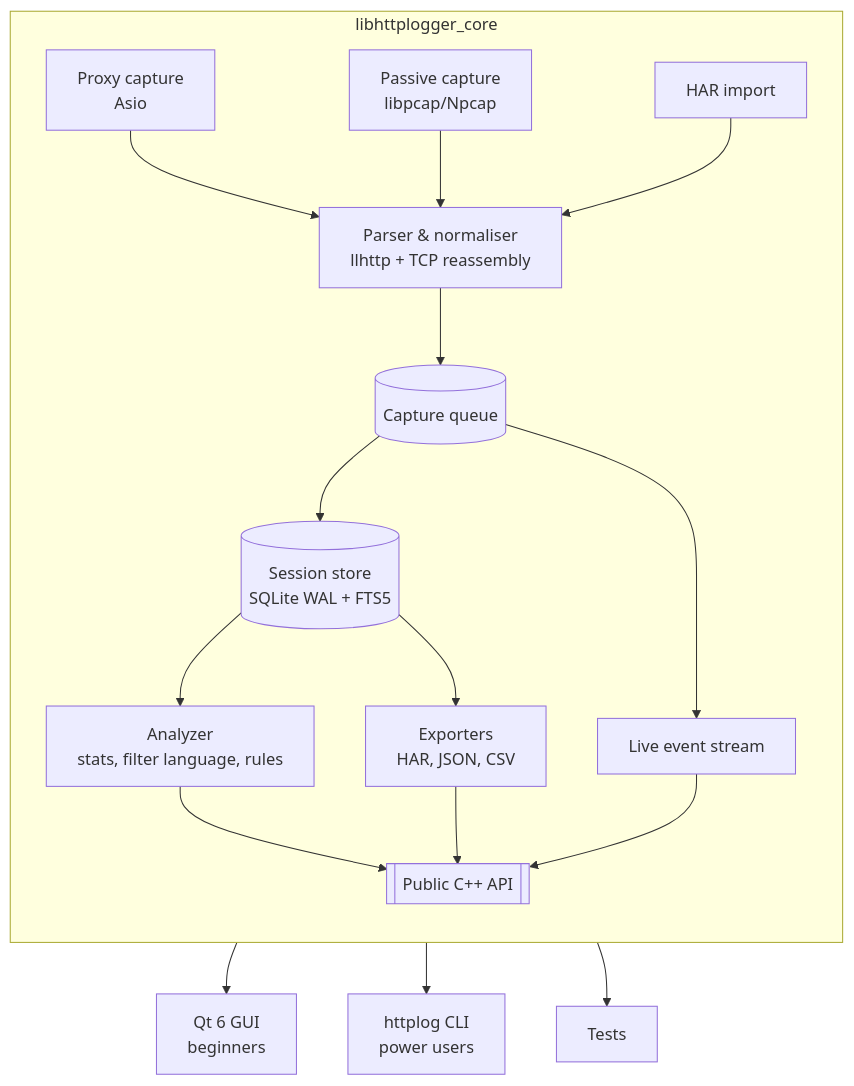
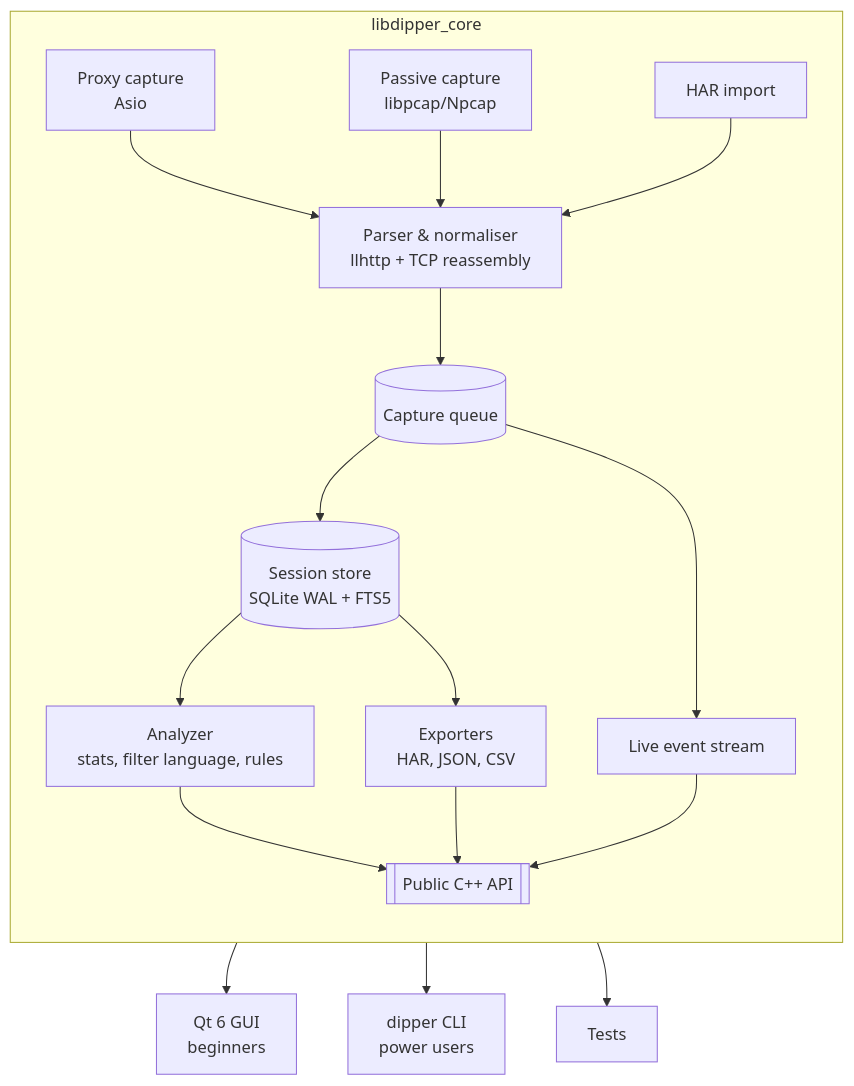
Before and after one commit to TryfonGav/HTTP-Logger-Analyzer: the second of 3 diagrams in docs/architecture/ARCHITECTURE.md, drawn with Mermaid. The commit also changed other lines of this file and 20 other files, not shown here.

````diff
--- a/docs/architecture/ARCHITECTURE.md
+++ b/docs/architecture/ARCHITECTURE.md
@@ -30,21 +30,21 @@
 ```mermaid
 flowchart TB
-    subgraph core[libhttplogger_core]
+    subgraph core[libdipper_core]
         direction TB
         C1[Proxy capture<br/>Asio] --> P[Parser & normaliser<br/>llhttp + TCP reassembly]
         C2[Passive capture<br/>libpcap/Npcap] --> P
         C3[HAR import] --> P
         P --> Q[(Capture queue)]
         Q --> ST[(Session store<br/>SQLite WAL + FTS5)]
         Q --> LIVE[Live event stream]
         ST --> AN[Analyzer<br/>stats, filter language, rules]
         ST --> EX[Exporters<br/>HAR, JSON, CSV]
         API[[Public C++ API]]
         AN --> API
         EX --> API
         LIVE --> API
     end
     API --> GUI[Qt 6 GUI<br/>beginners]
-    API --> CLI[httplog CLI<br/>power users]
+    API --> CLI[dipper CLI<br/>power users]
     API --> TESTS[Tests]
 ```
````
